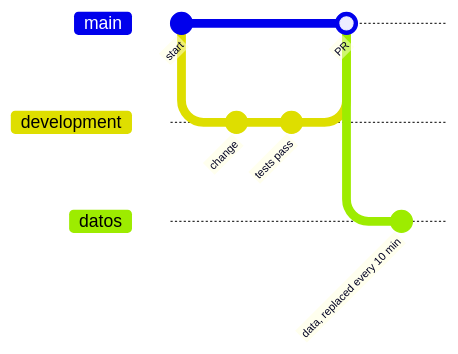
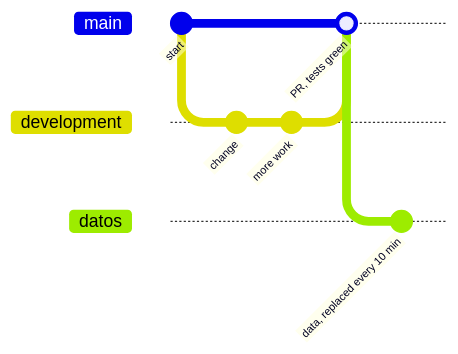
The sixth of 6 diagrams in README.md (serbenda/uptime), drawn with Mermaid before and after one commit. The commit also changed other lines of this file and 15 other files, not shown here.

````diff
--- a/README.md
+++ b/README.md
@@ -727,13 +727,13 @@
 ```mermaid
 gitGraph
   commit id: "start"
   branch development
   checkout development
   commit id: "change"
-  commit id: "tests pass"
+  commit id: "more work"
   checkout main
-  merge development id: "PR"
+  merge development id: "PR, tests green"
   branch datos
   checkout datos
   commit id: "data, replaced every 10 min"
 ```
````
